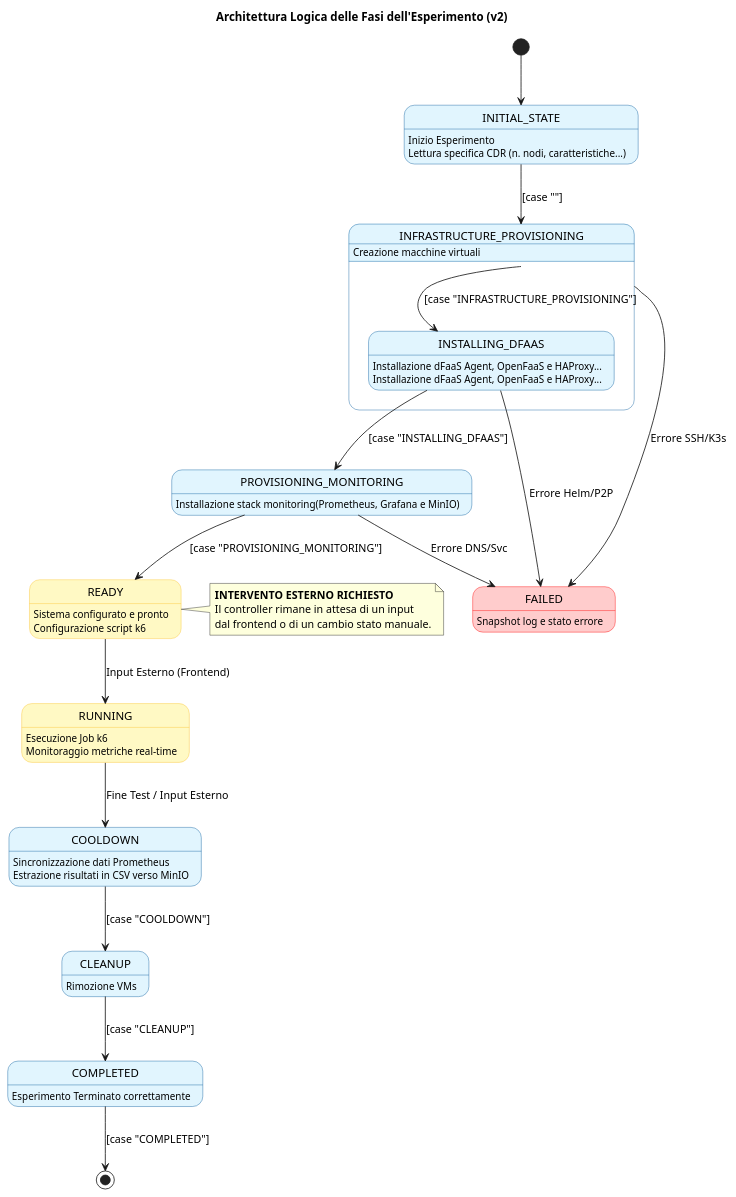
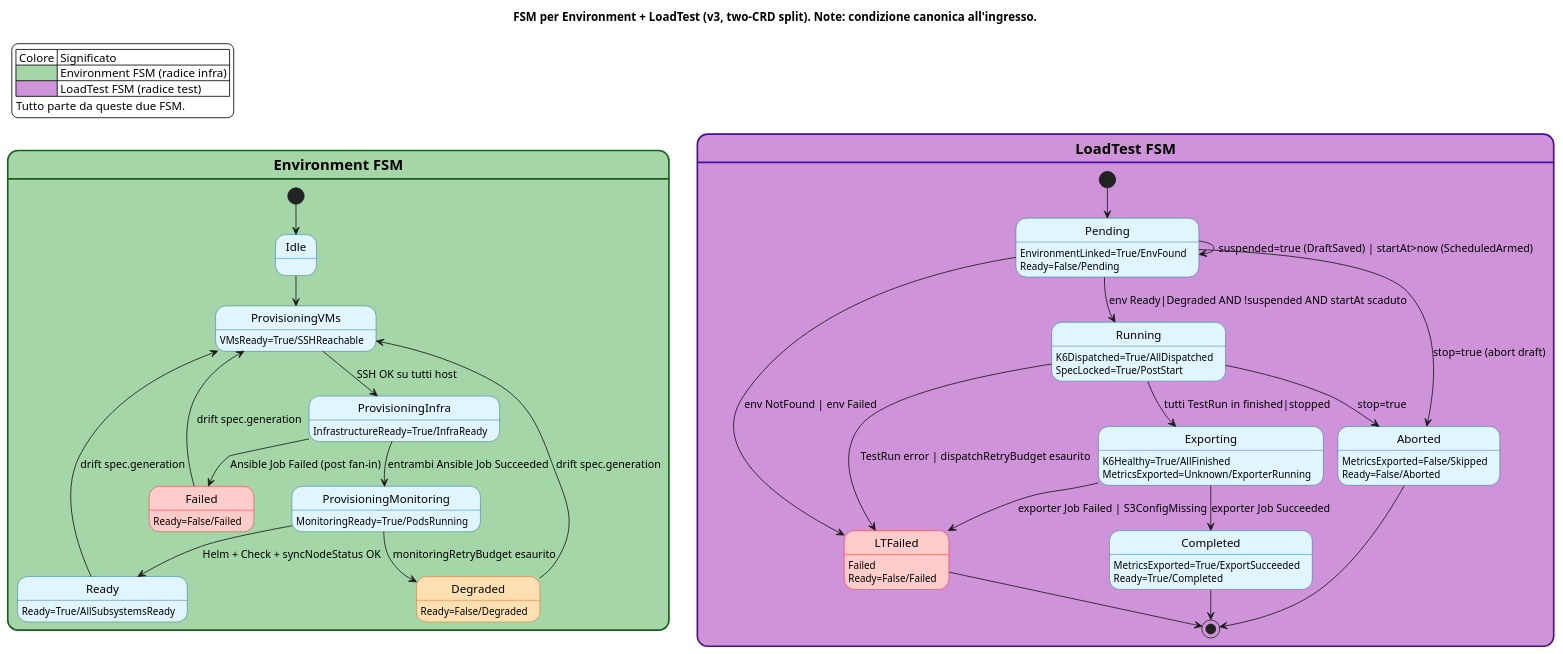
The diagram in UML/stati finiti.puml (isired01/DFaaSOperator), drawn with PlantUML before and after one commit. The commit also changed 2 other files, not shown here.

Commit message:
feat: Update UML diagrams for Environment and LoadTest CRDs with enhanced styling and lifecycle states

```diff
--- a/UML/stati finiti.puml
+++ b/UML/stati finiti.puml
@@ -1,91 +1,124 @@
 @startuml STATI
 skinparam backgroundColor #FFFFFF
 skinparam state {
   BackgroundColor #E1F5FE
   BorderColor #01579B
-  BackgroundColor<<External>> #FFF9C4
-  BorderColor<<External>> #FBC02D
   BackgroundColor<<Error>> #FFCCCC
   BorderColor<<Error>> #FF0000
+  BackgroundColor<<Degraded>> #FFE0B2
+  BorderColor<<Degraded>> #E65100
 }
 
-title Architettura Logica delle Fasi dell'Esperimento (v2)
+<style>
+stateDiagram {
+  .EnvRoot {
+    BackgroundColor #A5D6A7
+    LineColor #1B5E20
+    LineThickness 6
+    FontStyle bold
+    FontSize 18
+  }
+  .LTRoot {
+    BackgroundColor #CE93D8
+    LineColor #4A148C
+    LineThickness 6
+    FontStyle bold
+    FontSize 18
+  }
+}
+</style>
 
-[*] --> INITIAL_STATE
+legend top left
+  | Colore | Significato |
+  | <#A5D6A7> | Environment FSM (radice infra) |
+  | <#CE93D8> | LoadTest FSM (radice test) |
+  Tutto parte da queste due FSM.
+endlegend
 
-state INITIAL_STATE {
-  INITIAL_STATE : Inizio Esperimento
-  INITIAL_STATE : Lettura specifica CDR (n. nodi, caratteristiche...)
+title FSM per Environment + LoadTest (v3, two-CRD split). Note: condizione canonica all'ingresso.
+
+' =====================================================================
+' Environment FSM
+' Source: internal/controller/environment_controller.go +
+'         internal/controller/environment_lifecycle.go
+' =====================================================================
+state "Environment FSM" as EnvFSM <<EnvRoot>> #A5D6A7 ##[bold]1B5E20 {
+  [*] --> Idle
+
+  state Idle
+  state ProvisioningVMs
+  ProvisioningVMs : VMsReady=True/SSHReachable
+
+  state ProvisioningInfra
+  ProvisioningInfra : InfrastructureReady=True/InfraReady
+
+  state ProvisioningMonitoring
+  ProvisioningMonitoring : MonitoringReady=True/PodsRunning
+
+  state Ready
+  Ready : Ready=True/AllSubsystemsReady
+
+  state Degraded <<Degraded>>
+  Degraded : Ready=False/Degraded
+
+  state Failed <<Error>>
+  Failed : Ready=False/Failed
+
+  Idle --> ProvisioningVMs
+  ProvisioningVMs --> ProvisioningInfra : SSH OK su tutti host
+  ProvisioningInfra --> ProvisioningMonitoring : entrambi Ansible Job Succeeded
+  ProvisioningInfra --> Failed : Ansible Job Failed (post fan-in)
+  ProvisioningMonitoring --> Ready : Helm + Check + syncNodeStatus OK
+  ProvisioningMonitoring --> Degraded : monitoringRetryBudget esaurito
+  Ready --> ProvisioningVMs : drift spec.generation
+  Degraded --> ProvisioningVMs : drift spec.generation
+  Failed --> ProvisioningVMs : drift spec.generation
 }
 
-state INFRASTRUCTURE_PROVISIONING {
-  INFRASTRUCTURE_PROVISIONING : Creazione macchine virtuali
-  state INSTALLING_DFAAS {
-  INSTALLING_DFAAS : Installazione dFaaS Agent, OpenFaaS e HAProxy...
+' =====================================================================
+' LoadTest FSM
+' Source: internal/controller/loadtest_controller.go +
+'         internal/controller/loadtest_lifecycle.go
+' =====================================================================
+state "LoadTest FSM" as LTFSM <<LTRoot>> #CE93D8 ##[bold]4A148C {
+  [*] --> Pending
+
+  state Pending
+  Pending : EnvironmentLinked=True/EnvFound
+  Pending : Ready=False/Pending
+
+  state Running
+  Running : K6Dispatched=True/AllDispatched
+  Running : SpecLocked=True/PostStart
+
+  state Exporting
+  Exporting : K6Healthy=True/AllFinished
+  Exporting : MetricsExported=Unknown/ExporterRunning
+
+  state Completed
+  Completed : MetricsExported=True/ExportSucceeded
+  Completed : Ready=True/Completed
+
+  state LTFailed <<Error>>
+  LTFailed : Failed
+  LTFailed : Ready=False/Failed
+
+  state Aborted
+  Aborted : MetricsExported=False/Skipped
+  Aborted : Ready=False/Aborted
+
+  Pending --> Pending : suspended=true (DraftSaved) | startAt>now (ScheduledArmed)
+  Pending --> Running : env Ready|Degraded AND !suspended AND startAt scaduto
+  Pending --> LTFailed : env NotFound | env Failed
+  Pending --> Aborted : stop=true (abort draft)
+  Running --> Exporting : tutti TestRun in finished|stopped
+  Running --> LTFailed : TestRun error | dispatchRetryBudget esaurito
+  Running --> Aborted : stop=true
+  Exporting --> Completed : exporter Job Succeeded
+  Exporting --> LTFailed : exporter Job Failed | S3ConfigMissing
+  Completed --> [*]
+  LTFailed --> [*]
+  Aborted --> [*]
 }
 
-  state INSTALLING_DFAAS {
-  INSTALLING_DFAAS : Installazione dFaaS Agent, OpenFaaS e HAProxy...
-}
-}
-
-
-
-state PROVISIONING_MONITORING {
-  PROVISIONING_MONITORING : Installazione stack monitoring(Prometheus, Grafana e MinIO)
-}
-
-state READY <<External>> {
-  READY : Sistema configurato e pronto
-  READY : Configurazione script k6
-}
-
-note right of READY
-  **INTERVENTO ESTERNO RICHIESTO**
-  Il controller rimane in attesa di un input
-  dal frontend o di un cambio stato manuale.
-end note
-
-state RUNNING <<External>> {
-  RUNNING : Esecuzione Job k6
-  RUNNING : Monitoraggio metriche real-time
-}
-
-state COOLDOWN {
-  COOLDOWN : Sincronizzazione dati Prometheus
-  COOLDOWN : Estrazione risultati in CSV verso MinIO
-}
-
-state CLEANUP {
-  CLEANUP : Rimozione VMs
-}
-
-state COMPLETED {
-  COMPLETED : Esperimento Terminato correttamente
-}
-
-' Transizioni basate sullo Switch Case del Controller
-INITIAL_STATE --> INFRASTRUCTURE_PROVISIONING : [case ""]
-INFRASTRUCTURE_PROVISIONING --> INSTALLING_DFAAS : [case "INFRASTRUCTURE_PROVISIONING"]
-INSTALLING_DFAAS --> PROVISIONING_MONITORING : [case "INSTALLING_DFAAS"]
-PROVISIONING_MONITORING --> READY : [case "PROVISIONING_MONITORING"]
-
-' Transizioni gestite esternamente (Frontend)
-READY --> RUNNING : Input Esterno (Frontend)
-RUNNING --> COOLDOWN : Fine Test / Input Esterno
-
-' Ripresa flusso automatico per chiusura
-COOLDOWN --> CLEANUP : [case "COOLDOWN"]
-CLEANUP --> COMPLETED : [case "CLEANUP"]
-COMPLETED --> [*] : [case "COMPLETED"]
-
-' Gestione Errori
-state FAILED <<Error>> {
-  FAILED : Snapshot log e stato errore
-}
-
-INFRASTRUCTURE_PROVISIONING --> FAILED : Errore SSH/K3s
-INSTALLING_DFAAS --> FAILED : Errore Helm/P2P
-PROVISIONING_MONITORING --> FAILED : Errore DNS/Svc
-
 @enduml
```
